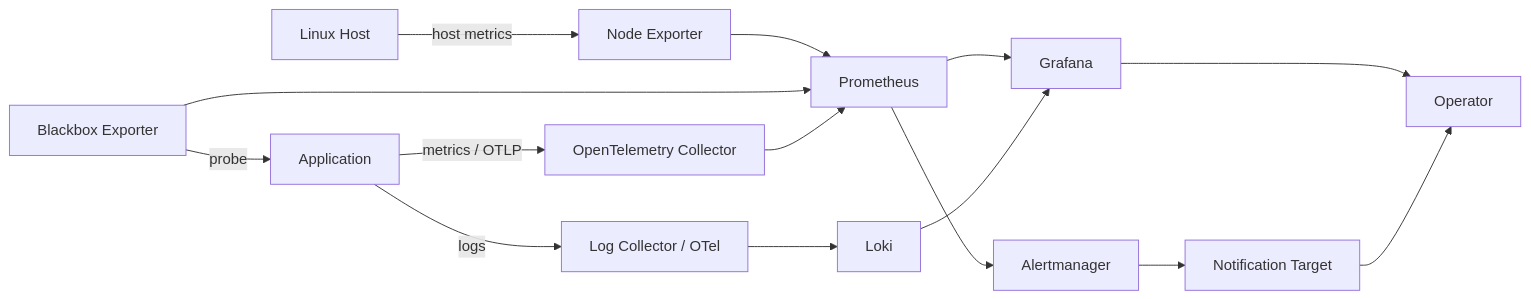
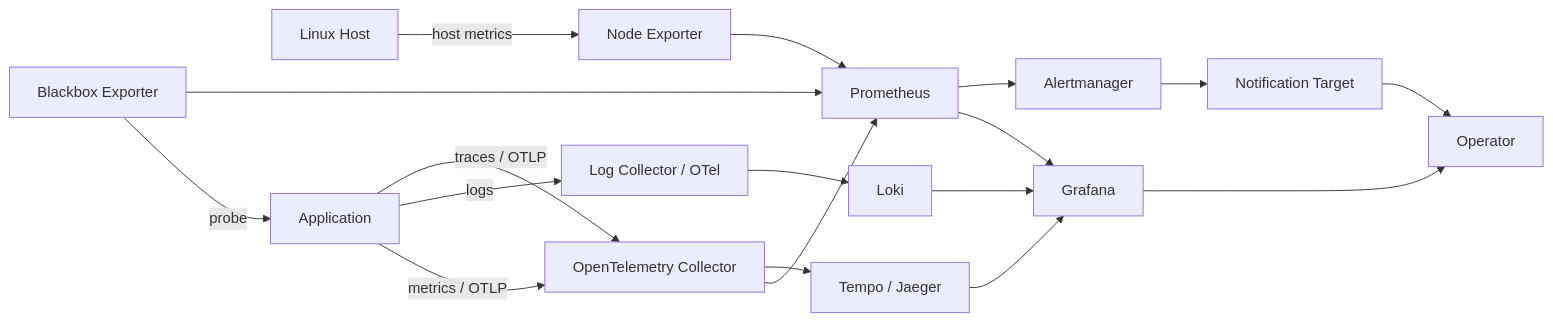
The diagram in projects/01-360-degree-monitoring/ARCHITECTURE.md (ProLEAP-Academy/ProLEAP_Live-Project), drawn with Mermaid before and after one commit. The commit also changed other lines of this file and 6 other files, not shown here.

````diff
--- a/projects/01-360-degree-monitoring/ARCHITECTURE.md
+++ b/projects/01-360-degree-monitoring/ARCHITECTURE.md
@@ -5,17 +5,20 @@
 ```mermaid
 flowchart LR
     H[Linux Host] -->|host metrics| NE[Node Exporter]
     APP[Application] -->|metrics / OTLP| OTEL[OpenTelemetry Collector]
     APP -->|logs| LC[Log Collector / OTel]
+    APP -->|traces / OTLP| OTEL
     BB[Blackbox Exporter] -->|probe| APP
     NE --> P[Prometheus]
     BB --> P
     OTEL --> P
+    OTEL --> T[Tempo / Jaeger]
     LC --> L[Loki]
     P --> G[Grafana]
     L --> G
+    T --> G
     P --> AM[Alertmanager]
     AM --> N[Notification Target]
     G --> O[Operator]
     N --> O
 ```
````
